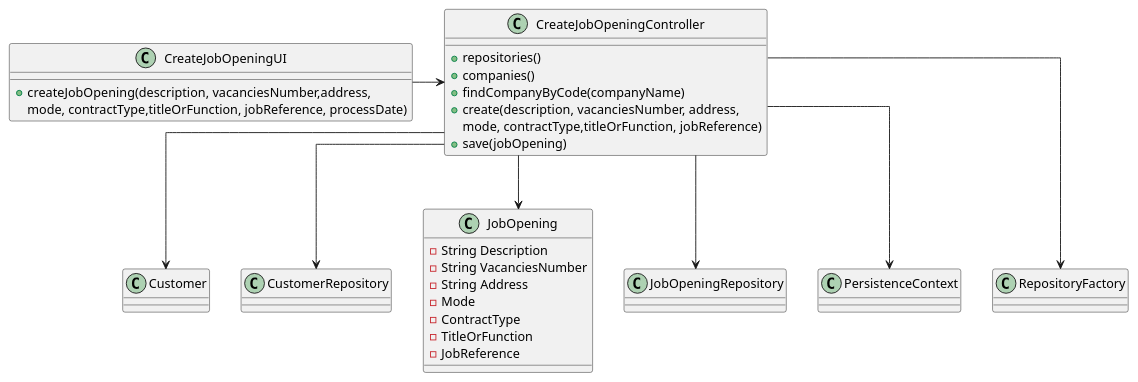
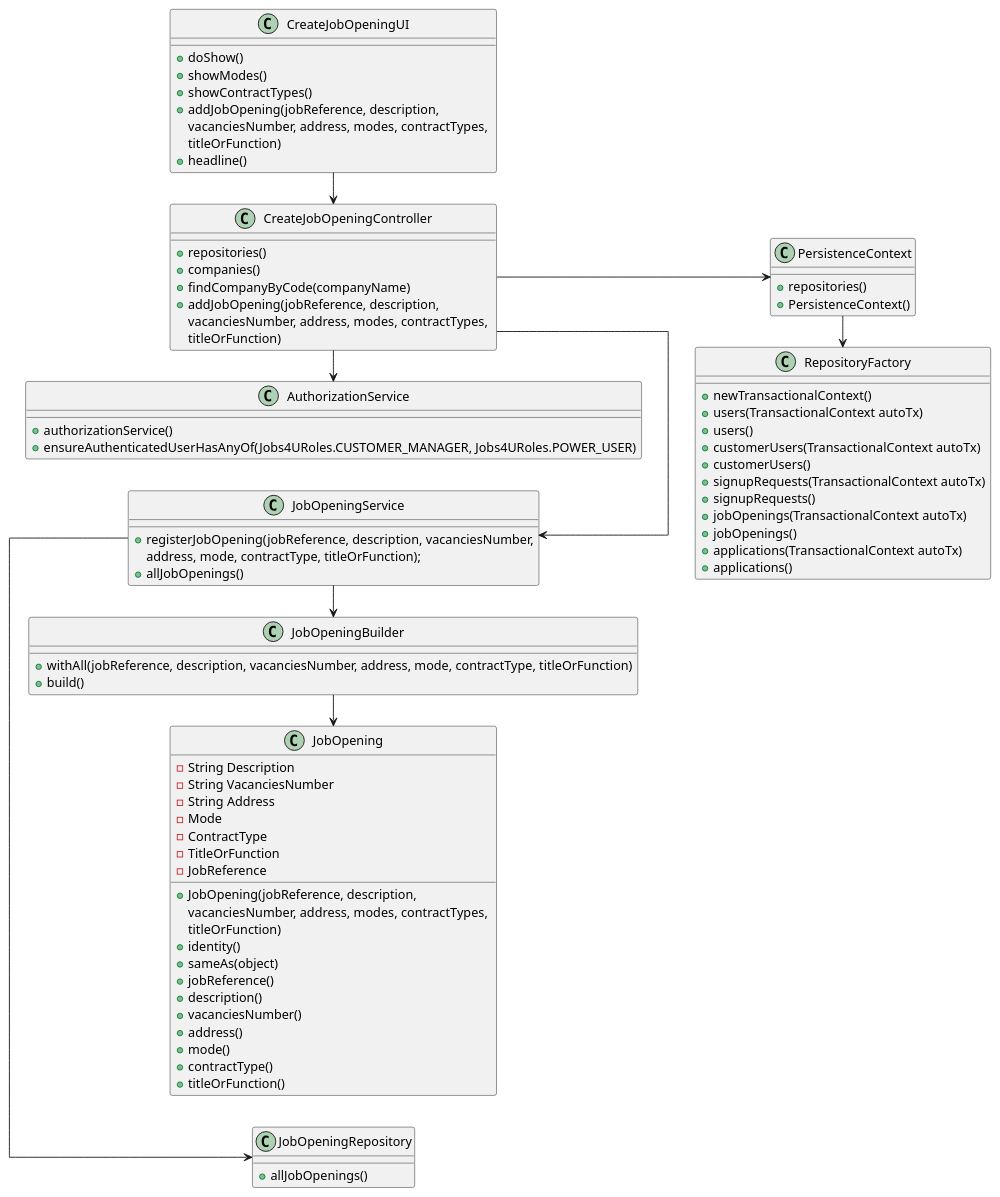
One commit to MiguelCardoso77/LAPR4 changed the diagram in docs/SprintB/1002/1002-class-diagram.puml. Above: the diagram before and after it, drawn with PlantUML. The commit also changed 1 other file, not shown here.

Commit message:
class diagram (puml and svg files) #10

```diff
--- a/docs/SprintB/1002/1002-class-diagram.puml
+++ b/docs/SprintB/1002/1002-class-diagram.puml
@@ -1,60 +1,100 @@
 @startuml
 skinparam linetype ortho
-'left to right direction
-
-class Customer {}
-
-class CustomerRepository {}
+left to right direction
 
 class CreateJobOpeningUI {
-    +createJobOpening(description, vacanciesNumber,address,
-    mode, contractType,titleOrFunction, jobReference, processDate)
+    + doShow()
+    + showModes()
+    + showContractTypes()
+    + addJobOpening(jobReference, description,
+    vacanciesNumber, address, modes, contractTypes, \ntitleOrFunction)
+    +headline()
 }
 
 class CreateJobOpeningController {
     + repositories()
     + companies()
     + findCompanyByCode(companyName)
-    + create(description, vacanciesNumber, address,
-    mode, contractType,titleOrFunction, jobReference)
-    + save(jobOpening)
+    + addJobOpening(jobReference, description,
+    vacanciesNumber, address, modes, contractTypes, \ntitleOrFunction)
 }
 
 class JobOpening {
    - String Description
    - String VacanciesNumber
    - String Address
    - Mode
    - ContractType
    - TitleOrFunction
    - JobReference
+
+   + JobOpening(jobReference, description,
+   vacanciesNumber, address, modes, contractTypes, \ntitleOrFunction)
+   + identity()
+   + sameAs(object)
+   + jobReference()
+   + description()
+   + vacanciesNumber()
+   + address()
+   + mode()
+   + contractType()
+   + titleOrFunction()
 }
 
 class JobOpeningRepository {
+    + allJobOpenings()
 }
 
-class PersistenceContext {}
+class JobOpeningService {
+    + registerJobOpening(jobReference, description, vacanciesNumber,
+    address, mode, contractType, titleOrFunction);
+    + allJobOpenings()
+}
 
-class RepositoryFactory {}
+class JobOpeningBuilder {
+    + withAll(jobReference, description, vacanciesNumber, address, mode, contractType, titleOrFunction)
+    + build()
+}
 
+class AuthorizationService {
+    + authorizationService()
+    + ensureAuthenticatedUserHasAnyOf(Jobs4URoles.CUSTOMER_MANAGER, Jobs4URoles.POWER_USER)
+}
+
+class PersistenceContext {
+    + repositories()
+    + PersistenceContext()
+}
+
+class RepositoryFactory {
+    + newTransactionalContext()
+    + users(TransactionalContext autoTx)
+    + users()
+    + customerUsers(TransactionalContext autoTx)
+    + customerUsers()
+    + signupRequests(TransactionalContext autoTx)
+    + signupRequests()
+    + jobOpenings(TransactionalContext autoTx)
+    + jobOpenings()
+    + applications(TransactionalContext autoTx)
+    + applications()
+}
 
 
 CreateJobOpeningUI -> CreateJobOpeningController
 
 CreateJobOpeningController --> PersistenceContext
 
-CreateJobOpeningController --> RepositoryFactory
+CreateJobOpeningController -> JobOpeningService
 
-CreateJobOpeningController --> CustomerRepository
+CreateJobOpeningController -> AuthorizationService
 
-CreateJobOpeningController --> Customer
+JobOpeningService -> JobOpeningRepository
 
-CreateJobOpeningController --> JobOpening
+JobOpeningService -> JobOpeningBuilder
 
-CreateJobOpeningController --> JobOpeningRepository
+JobOpeningBuilder -> JobOpening
 
-
-
-
+PersistenceContext -> RepositoryFactory
 
 @enduml
```
